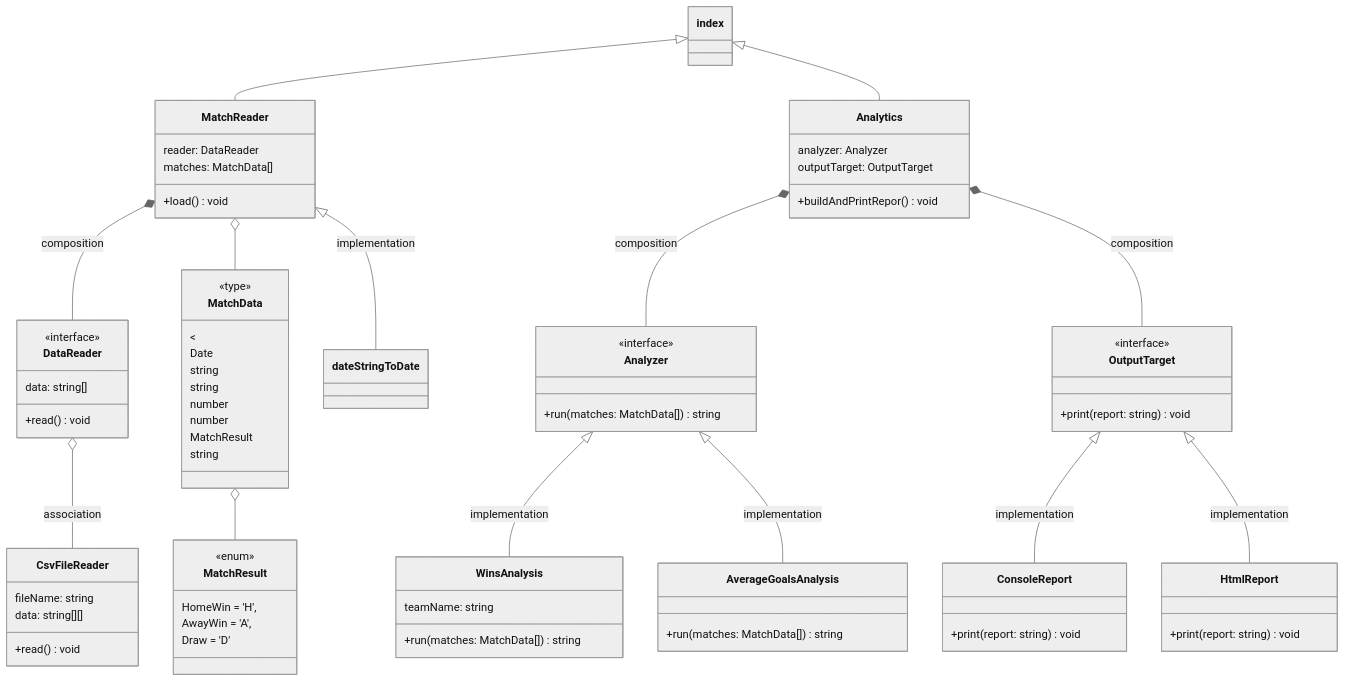
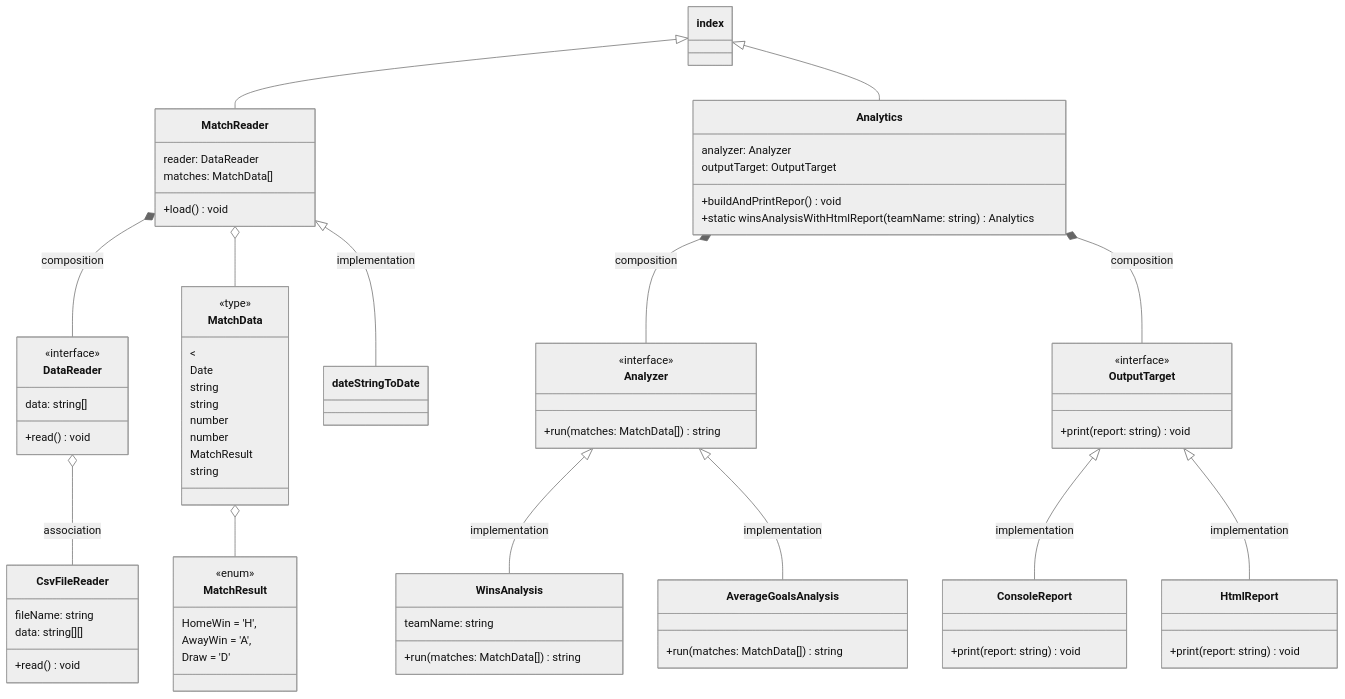
The first of 2 diagrams in README.md (frzhen/pure-Typescript), drawn with Mermaid (neutral theme) before and after one commit. The commit also changed 3 other files, not shown here.

Commit message:
Modified Analytics with static method that shorten the declaration of a specific analyzer+report combination

````diff
--- a/README.md
+++ b/README.md
@@ -15,75 +15,76 @@
 ```mermaid
    classDiagram
    index <|-- MatchReader
    index <|-- Analytics
    class MatchReader{
    reader: DataReader 
    matches: MatchData[] 
    +load() void
    }
    MatchReader *-- DataReader: composition
    class DataReader{
    <<interface>> 
    data: string[]
    +read() void
    }
    DataReader o-- CsvFileReader: association
    class CsvFileReader{
    fileName: string
    data: string[][]
    +read() void
    }
    MatchReader o-- MatchData
    class MatchResult{
    <<enum>> 
    HomeWin = 'H',
    AwayWin = 'A',
    Draw = 'D'
    }
    class MatchData{
    <<type>>
    <<tuple>
    Date
    string
    string
    number
    number
    MatchResult
    string
    }
    MatchData o-- MatchResult
    
    class Analytics{
    analyzer: Analyzer
    outputTarget: OutputTarget
    +buildAndPrintRepor() void
+   +static winsAnalysisWithHtmlReport( teamName: string) Analytics
    }
    Analytics *--Analyzer: composition
    Analytics *--OutputTarget: composition
    class Analyzer{
    <<interface>>
    +run(matches: MatchData[]) string
    }
    class OutputTarget{
    <<interface>>
    +print(report: string) void
    }
    class WinsAnalysis{
    teamName: string
    +run(matches: MatchData[]) string
    }
    Analyzer <|--WinsAnalysis: implementation
    class AverageGoalsAnalysis{
    +run(matches: MatchData[]) string
    }
    Analyzer <|--AverageGoalsAnalysis: implementation
    class ConsoleReport{
    +print(report: string) void
    }
    OutputTarget <|-- ConsoleReport: implementation
    MatchReader <|-- dateStringToDate: implementation
    class HtmlReport{
    +print(report: string) void
    }
    OutputTarget <|-- HtmlReport: implementation
 ```
````
